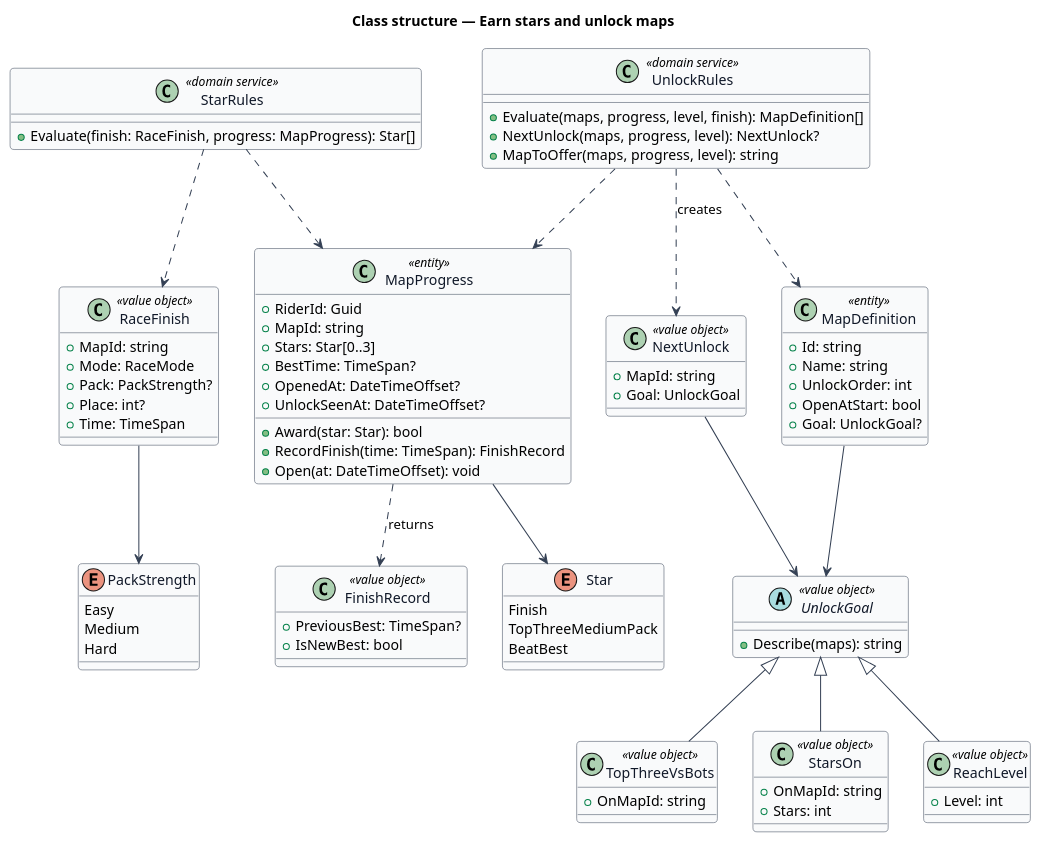
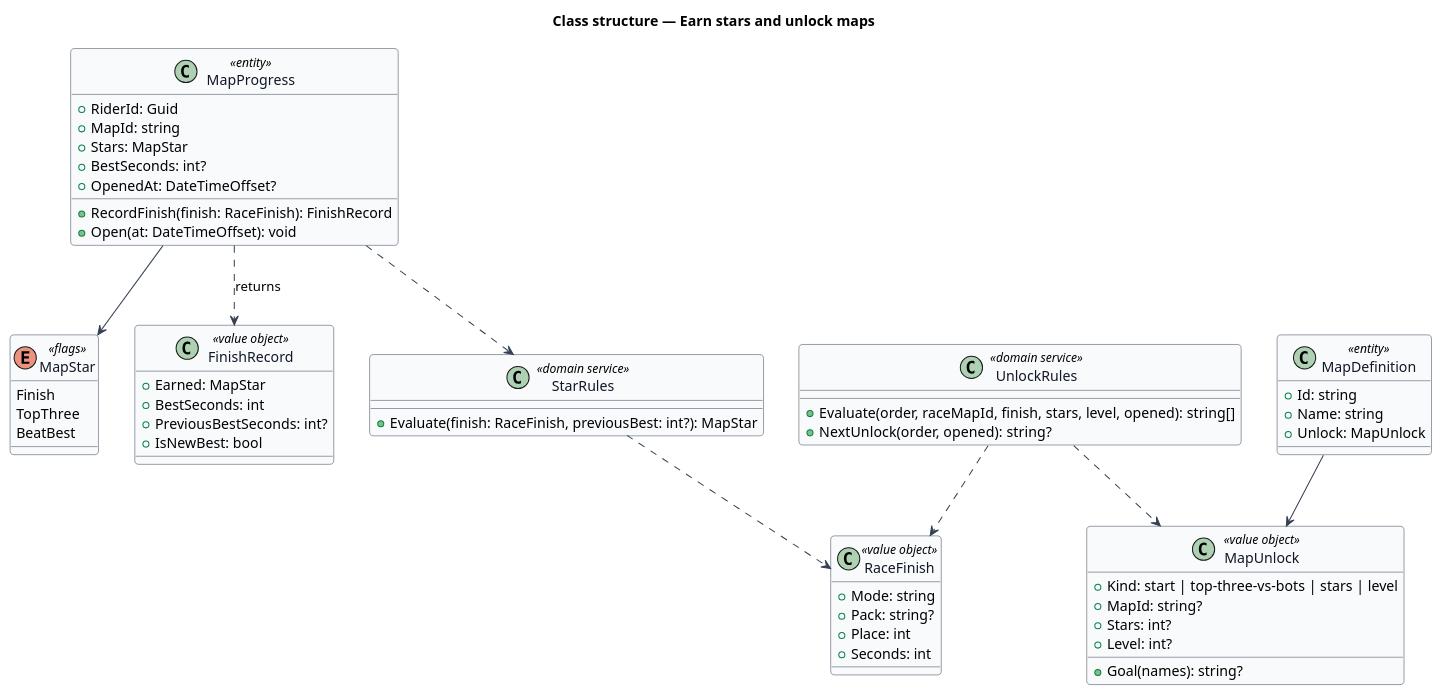
One commit to QuinntyneBrown/ride-one changed the diagram in docs/detailed-designs/progression/earn-stars-and-unlock-maps/diagrams/class-structure.puml. Above: the diagram before and after it, drawn with PlantUML. The commit also changed 9 other files, not shown here.

```diff
--- a/docs/detailed-designs/progression/earn-stars-and-unlock-maps/diagrams/class-structure.puml
+++ b/docs/detailed-designs/progression/earn-stars-and-unlock-maps/diagrams/class-structure.puml
@@ -1,92 +1,67 @@
 @startuml
 ' --- shared skin header ---
 skinparam backgroundColor #FFFFFF
 skinparam shadowing false
 skinparam roundcorner 8
 skinparam defaultFontName Arial
 skinparam ArrowColor #344054
 skinparam class {
   BorderColor #344054
   FontColor #101828
   BackgroundColor #F9FAFB
 }
 ' --------------------------
 title Class structure — Earn stars and unlock maps
-enum Star {
+enum MapStar <<flags>> {
   Finish
-  TopThreeMediumPack
+  TopThree
   BeatBest
 }
-enum PackStrength {
-  Easy
-  Medium
-  Hard
-}
-abstract class UnlockGoal <<value object>> {
-  +Describe(maps): string
-}
-class TopThreeVsBots <<value object>> {
-  +OnMapId: string
-}
-class StarsOn <<value object>> {
-  +OnMapId: string
-  +Stars: int
-}
-class ReachLevel <<value object>> {
-  +Level: int
+class MapUnlock <<value object>> {
+  +Kind: start | top-three-vs-bots | stars | level
+  +MapId: string?
+  +Stars: int?
+  +Level: int?
+  +Goal(names): string?
 }
 class MapDefinition <<entity>> {
   +Id: string
   +Name: string
-  +UnlockOrder: int
-  +OpenAtStart: bool
-  +Goal: UnlockGoal?
+  +Unlock: MapUnlock
 }
 class MapProgress <<entity>> {
   +RiderId: Guid
   +MapId: string
-  +Stars: Star[0..3]
-  +BestTime: TimeSpan?
+  +Stars: MapStar
+  +BestSeconds: int?
   +OpenedAt: DateTimeOffset?
-  +UnlockSeenAt: DateTimeOffset?
-  +Award(star: Star): bool
-  +RecordFinish(time: TimeSpan): FinishRecord
+  +RecordFinish(finish: RaceFinish): FinishRecord
   +Open(at: DateTimeOffset): void
 }
 class FinishRecord <<value object>> {
-  +PreviousBest: TimeSpan?
+  +Earned: MapStar
+  +BestSeconds: int
+  +PreviousBestSeconds: int?
   +IsNewBest: bool
 }
 class RaceFinish <<value object>> {
-  +MapId: string
-  +Mode: RaceMode
-  +Pack: PackStrength?
-  +Place: int?
-  +Time: TimeSpan
+  +Mode: string
+  +Pack: string?
+  +Place: int
+  +Seconds: int
 }
 class StarRules <<domain service>> {
-  +Evaluate(finish: RaceFinish, progress: MapProgress): Star[]
+  +Evaluate(finish: RaceFinish, previousBest: int?): MapStar
 }
 class UnlockRules <<domain service>> {
-  +Evaluate(maps, progress, level, finish): MapDefinition[]
-  +NextUnlock(maps, progress, level): NextUnlock?
-  +MapToOffer(maps, progress, level): string
+  +Evaluate(order, raceMapId, finish, stars, level, opened): string[]
+  +NextUnlock(order, opened): string?
 }
-class NextUnlock <<value object>> {
-  +MapId: string
-  +Goal: UnlockGoal
-}
-UnlockGoal <|-- TopThreeVsBots
-UnlockGoal <|-- StarsOn
-UnlockGoal <|-- ReachLevel
-MapDefinition --> UnlockGoal
-MapProgress --> Star
+MapDefinition --> MapUnlock
+MapProgress --> MapStar
 MapProgress ..> FinishRecord : returns
-RaceFinish --> PackStrength
+MapProgress ..> StarRules
 StarRules ..> RaceFinish
-StarRules ..> MapProgress
-UnlockRules ..> MapDefinition
-UnlockRules ..> MapProgress
-UnlockRules ..> NextUnlock : creates
-NextUnlock --> UnlockGoal
+UnlockRules ..> MapUnlock
+UnlockRules ..> RaceFinish
 @enduml
```
